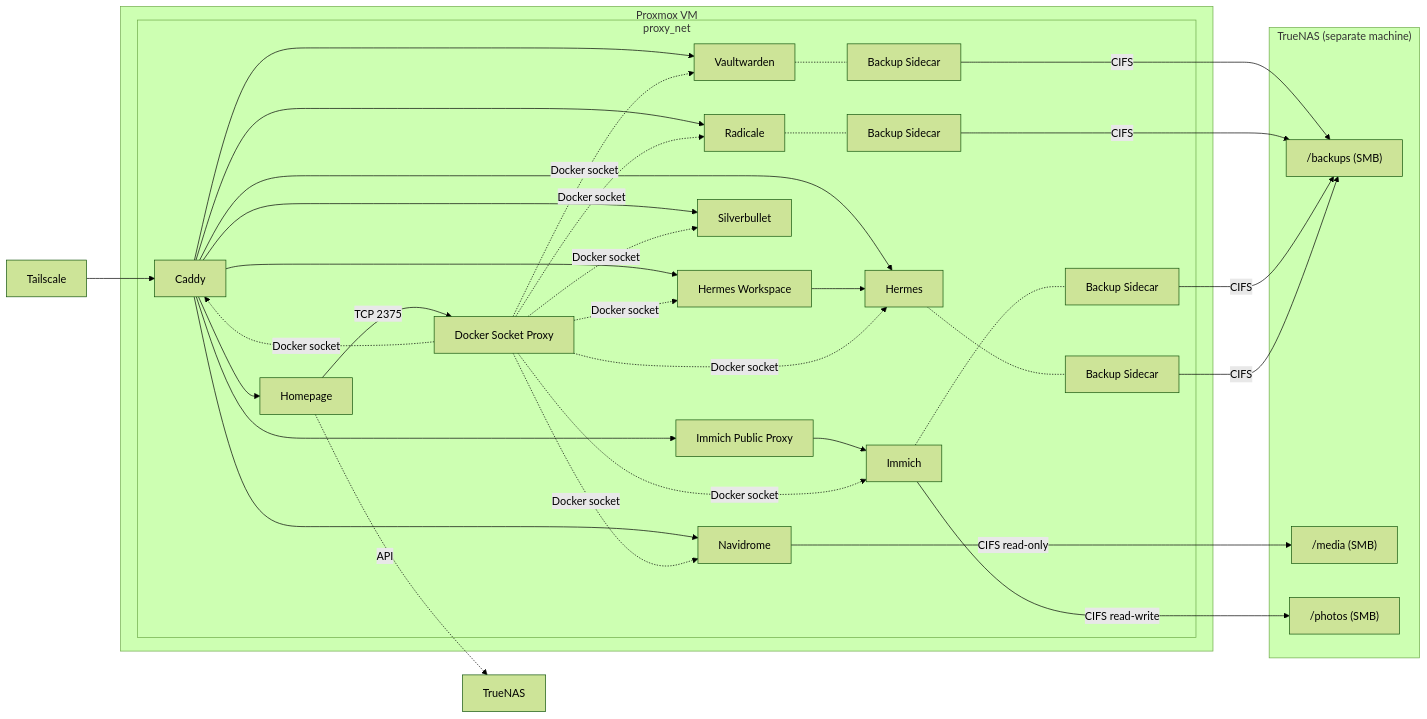
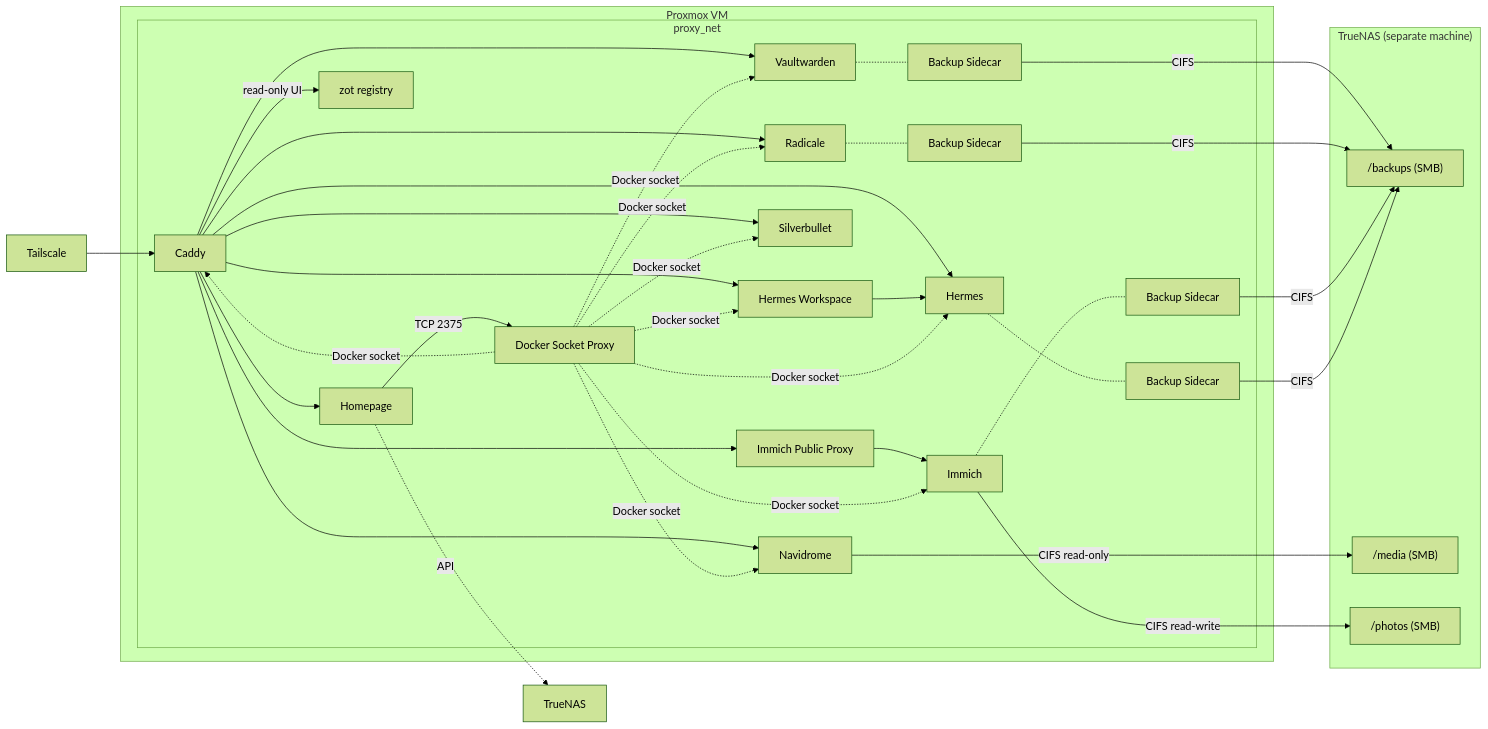
One commit to masolnada/homelab changed the first of 2 diagrams in README.md. Above: the diagram before and after it, drawn with Mermaid (forest theme). The commit also changed other lines of this file and 23 other files, not shown here.

````diff
--- a/README.md
+++ b/README.md
@@ -7,48 +7,49 @@
 ```mermaid
 graph LR
     TS[Tailscale] --> Caddy
 
     subgraph VM["Proxmox VM"]
         subgraph proxy_net
             Caddy --> Homepage
             Caddy --> Vaultwarden
             Caddy --> Navidrome
             Caddy --> Radicale
             Caddy --> Silverbullet
             Caddy --> ImmichProxy[Immich Public Proxy]
             Caddy --> Hermes
+            Caddy -->|read-only UI| Zot[zot registry]
             Caddy --> HermesWorkspace[Hermes Workspace]
             HermesWorkspace --> Hermes
             ImmichProxy --> Immich[Immich]
             Homepage -->|TCP 2375| DockerProxy[Docker Socket Proxy]
             DockerProxy -.->|Docker socket| Caddy
             DockerProxy -.->|Docker socket| Vaultwarden
             DockerProxy -.->|Docker socket| Navidrome
             DockerProxy -.->|Docker socket| Radicale
             DockerProxy -.->|Docker socket| Silverbullet
             DockerProxy -.->|Docker socket| Immich
             DockerProxy -.->|Docker socket| Hermes
             DockerProxy -.->|Docker socket| HermesWorkspace
             Vaultwarden -.- Backup[Backup Sidecar]
             Radicale -.- RadBackup[Backup Sidecar]
             Immich -.- ImmichBackup[Backup Sidecar]
             Hermes -.- HermesBackup[Backup Sidecar]
         end
     end
 
     subgraph NAS["TrueNAS (separate machine)"]
         backups["/backups (SMB)"]
         media["/media (SMB)"]
         photos["/photos (SMB)"]
     end
 
     Homepage -.->|API| TrueNAS
 
     Backup -->|CIFS| backups
     RadBackup -->|CIFS| backups
     ImmichBackup -->|CIFS| backups
     HermesBackup -->|CIFS| backups
 
     Navidrome -->|CIFS read-only| media
     Immich -->|CIFS read-write| photos
 ```
````
